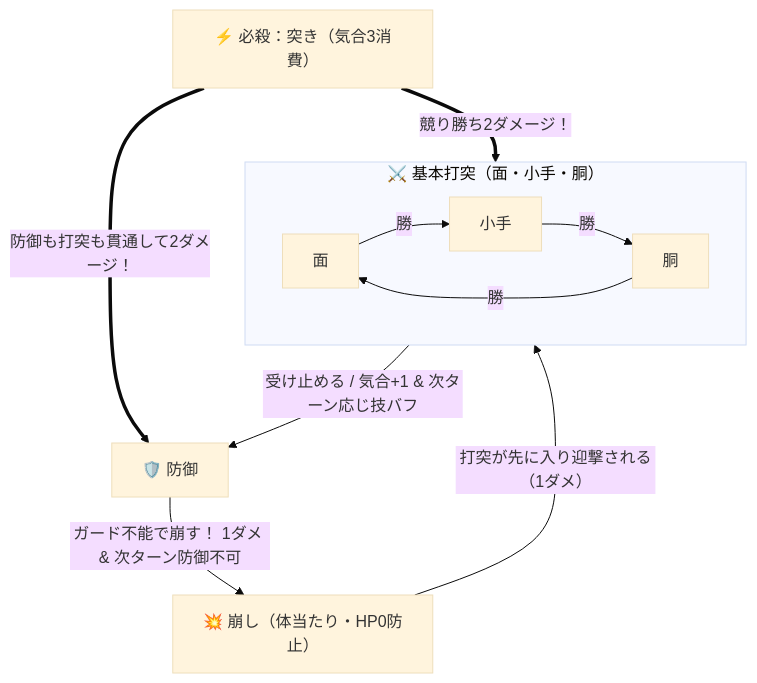
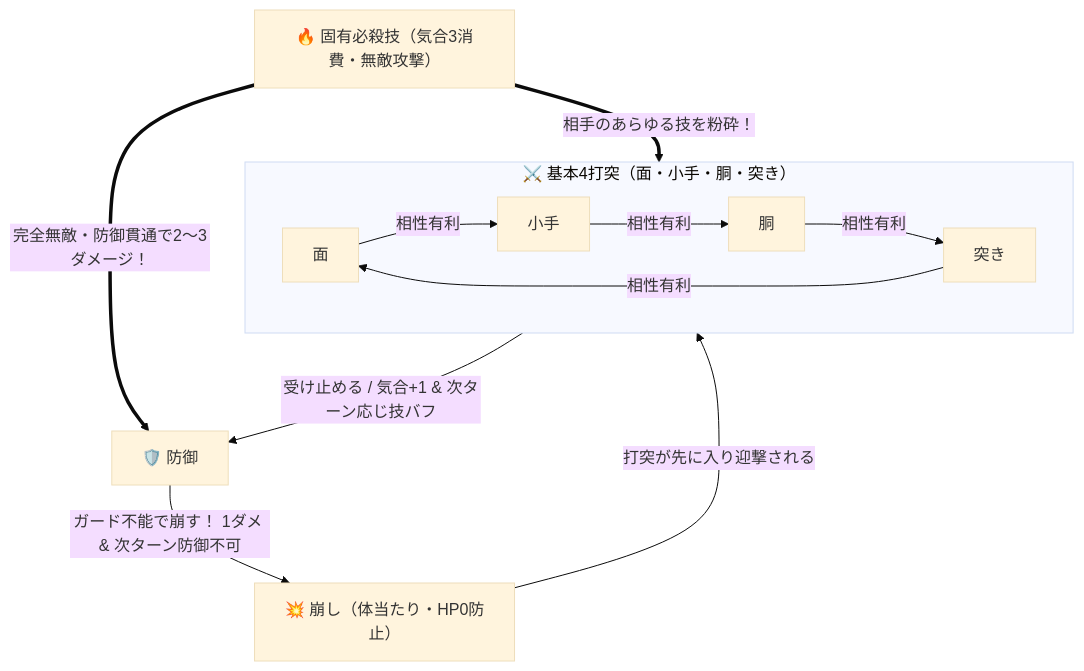
The diagram in docs/battle-system.md (rinevo/Kendo), drawn with Mermaid (base theme) before and after one commit. The commit also changed other lines of this file and 5 other files, not shown here.

````diff
--- a/docs/battle-system.md
+++ b/docs/battle-system.md
@@ -11,18 +11,19 @@
 ```mermaid
 flowchart TD
-    subgraph 基本三すくみ["⚔️ 基本打突（面・小手・胴）"]
-        Men["面"] -->|勝| Kote["小手"]
-        Kote -->|勝| Do["胴"]
-        Do -->|勝| Men
+    subgraph 基本4打突["⚔️ 基本4打突（面・小手・胴・突き）"]
+        Men["面"] -->|相性有利| Kote["小手"]
+        Kote -->|相性有利| Do["胴"]
+        Do -->|相性有利| Tsuki["突き"]
+        Tsuki -->|相性有利| Men
     end
 
     Defend["🛡️ 防御"]
     Break["💥 崩し（体当たり・HP0防止）"]
-    Tsuki["⚡ 必殺：突き（気合3消費）"]
+    Special["🔥 固有必殺技（気合3消費・無敵攻撃）"]
 
-    基本三すくみ -->|受け止める / 気合+1 & 次ターン応じ技バフ| Defend
+    基本4打突 -->|受け止める / 気合+1 & 次ターン応じ技バフ| Defend
     Defend -->|ガード不能で崩す！ 1ダメ & 次ターン防御不可| Break
-    Break -->|打突が先に入り迎撃される（1ダメ）| 基本三すくみ
-    Tsuki ==>|防御も打突も貫通して2ダメージ！| Defend
-    Tsuki ==>|競り勝ち2ダメージ！| 基本三すくみ
+    Break -->|打突が先に入り迎撃される| 基本4打突
+    Special ==>|完全無敵・防御貫通で2〜3ダメージ！| Defend
+    Special ==>|相手のあらゆる技を粉砕！| 基本4打突
 ```
````
